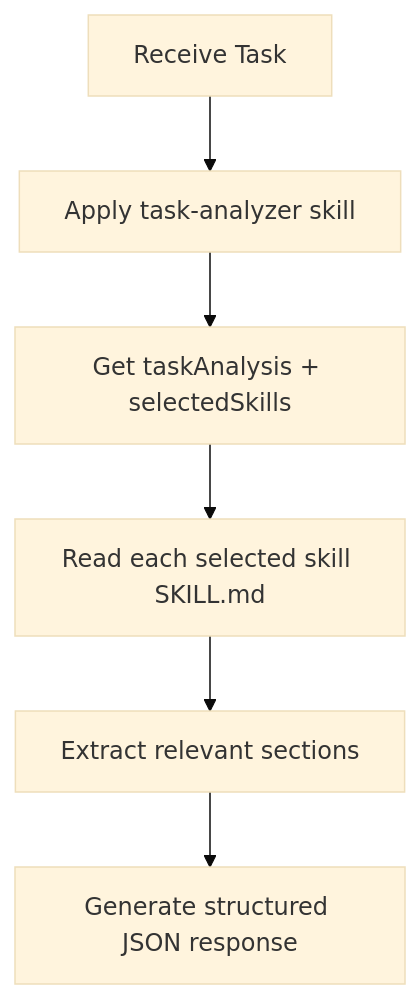
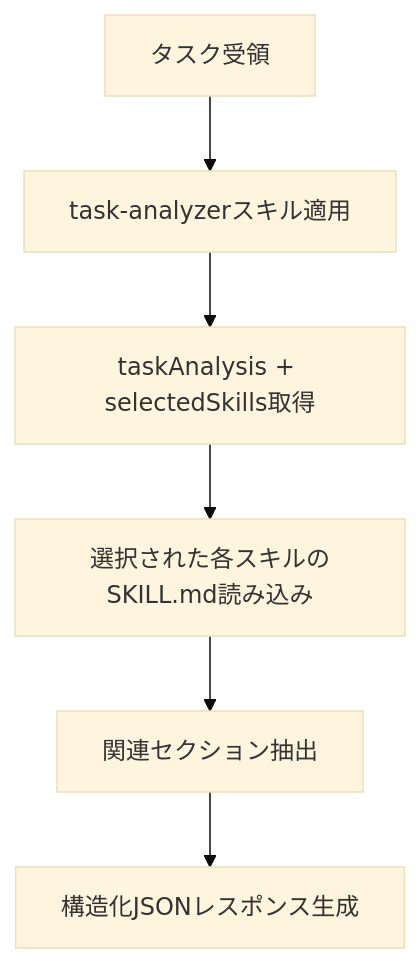
Before and after one commit to Haruki-Hosokawa-sti/test-init: the diagram in .claude/agents/rule-advisor.md, drawn with Mermaid (base theme). The commit also changed other lines of this file and 62 other files, not shown here.

````diff
--- a/.claude/agents/rule-advisor.md
+++ b/.claude/agents/rule-advisor.md
@@ -12,8 +12,8 @@
 ```mermaid
 graph TD
-    A[Receive Task] --> B[Apply task-analyzer skill]
-    B --> C[Get taskAnalysis + selectedSkills]
-    C --> D[Read each selected skill SKILL.md]
-    D --> E[Extract relevant sections]
-    E --> F[Generate structured JSON response]
+    A[タスク受領] --> B[task-analyzerスキル適用]
+    B --> C[taskAnalysis + selectedSkills取得]
+    C --> D[選択された各スキルのSKILL.md読み込み]
+    D --> E[関連セクション抽出]
+    E --> F[構造化JSONレスポンス生成]
 ```
````
